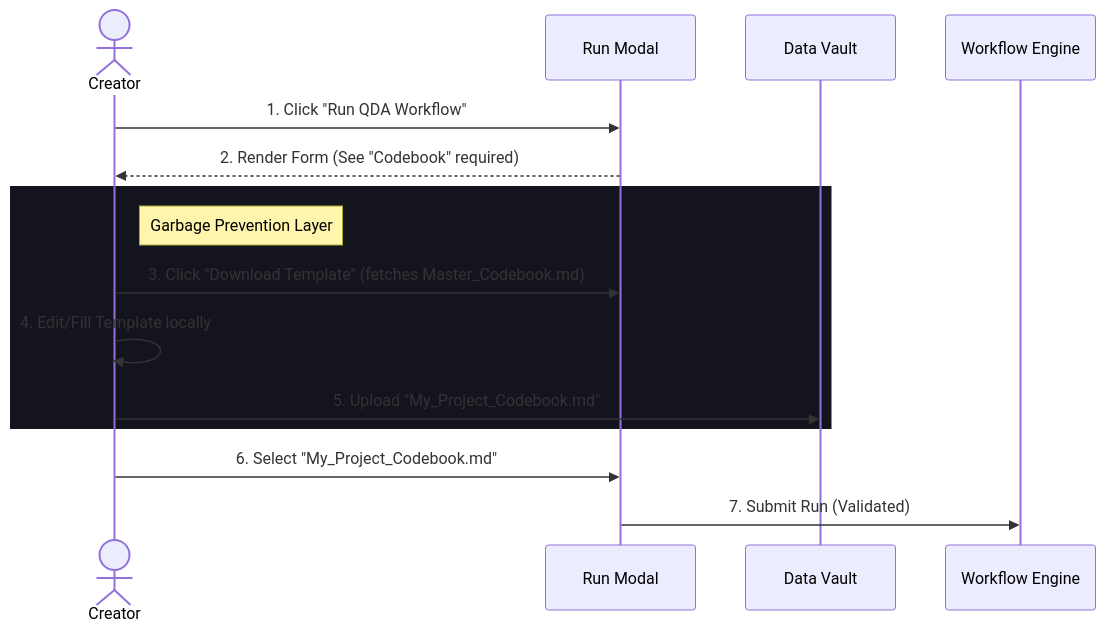
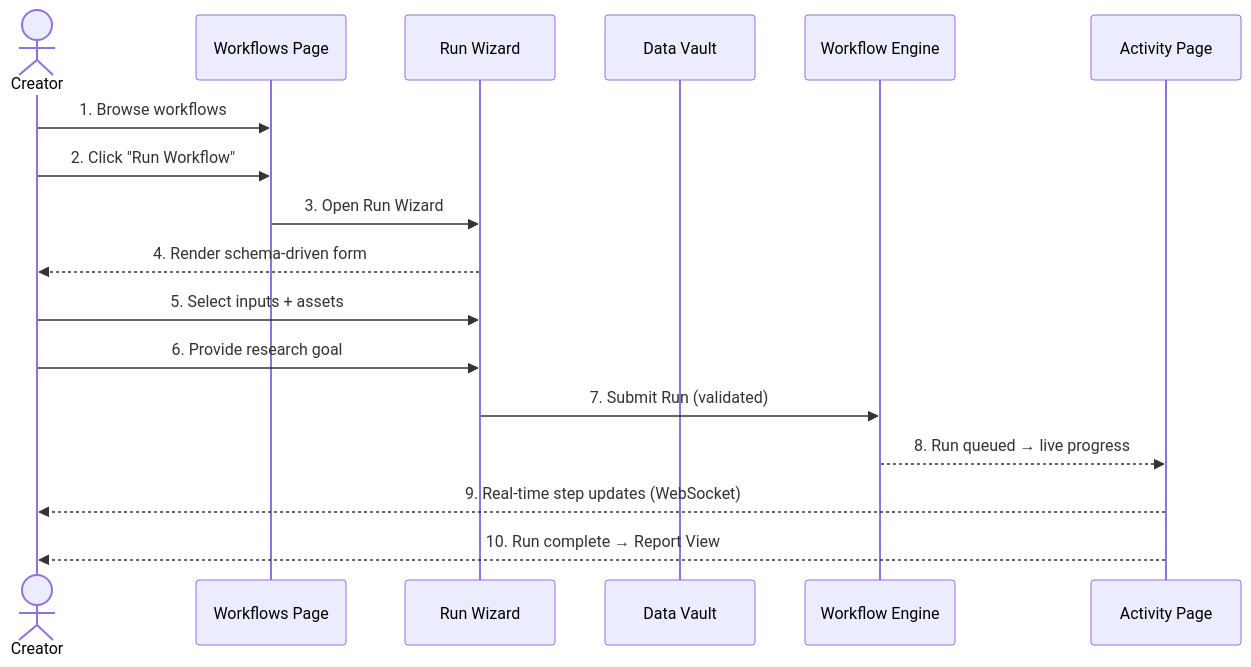
One commit to ernc-bubble-research/project_bubble changed the second of 3 diagrams in _bmad-output/planning-artifacts/ux-design-specification.md. Above: the diagram before and after it, drawn with Mermaid. The commit also changed other lines of this file and 196 other files, not shown here.

````diff
--- a/_bmad-output/planning-artifacts/ux-design-specification.md
+++ b/_bmad-output/planning-artifacts/ux-design-specification.md
@@ -193,20 +1321,20 @@
 ```mermaid
 sequenceDiagram
     actor User as Creator
-    participant Modal as Run Modal
+    participant Store as Workflows Page
+    participant Modal as Run Wizard
     participant Vault as Data Vault
     participant Engine as Workflow Engine
+    participant Activity as Activity Page
 
-    User->>Modal: 1. Click "Run QDA Workflow"
-    Modal-->>User: 2. Render Form (See "Codebook" required)
-    
-    rect rgb(20, 20, 30)
-        Note right of User: Garbage Prevention Layer
-        User->>Modal: 3. Click "Download Template" (fetches Master_Codebook.md)
-        User->>User: 4. Edit/Fill Template locally
-        User->>Vault: 5. Upload "My_Project_Codebook.md"
-    end
-
-    User->>Modal: 6. Select "My_Project_Codebook.md"
-    Modal->>Engine: 7. Submit Run (Validated)
+    User->>Store: 1. Browse workflows
+    User->>Store: 2. Click "Run Workflow"
+    Store->>Modal: 3. Open Run Wizard
+    Modal-->>User: 4. Render schema-driven form
+    User->>Modal: 5. Select inputs + assets
+    User->>Modal: 6. Provide research goal
+    Modal->>Engine: 7. Submit Run (validated)
+    Engine-->>Activity: 8. Run queued → live progress
+    Activity-->>User: 9. Real-time step updates (WebSocket)
+    Activity-->>User: 10. Run complete → Report View
 ```
````
